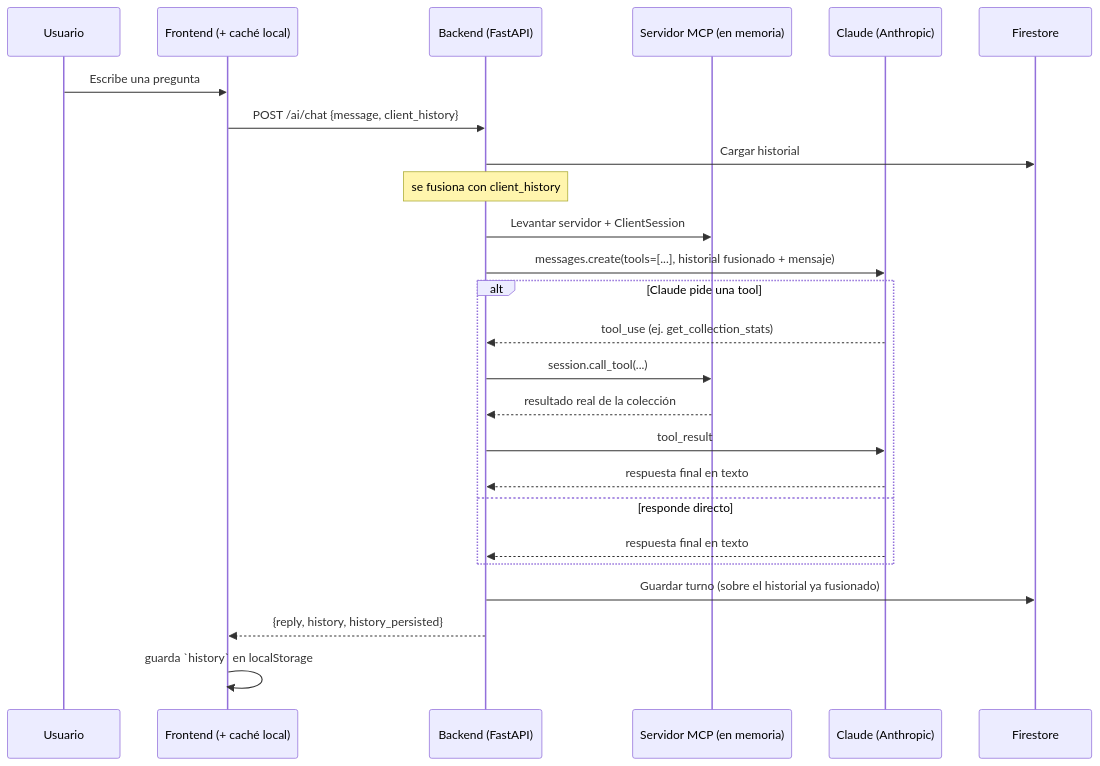
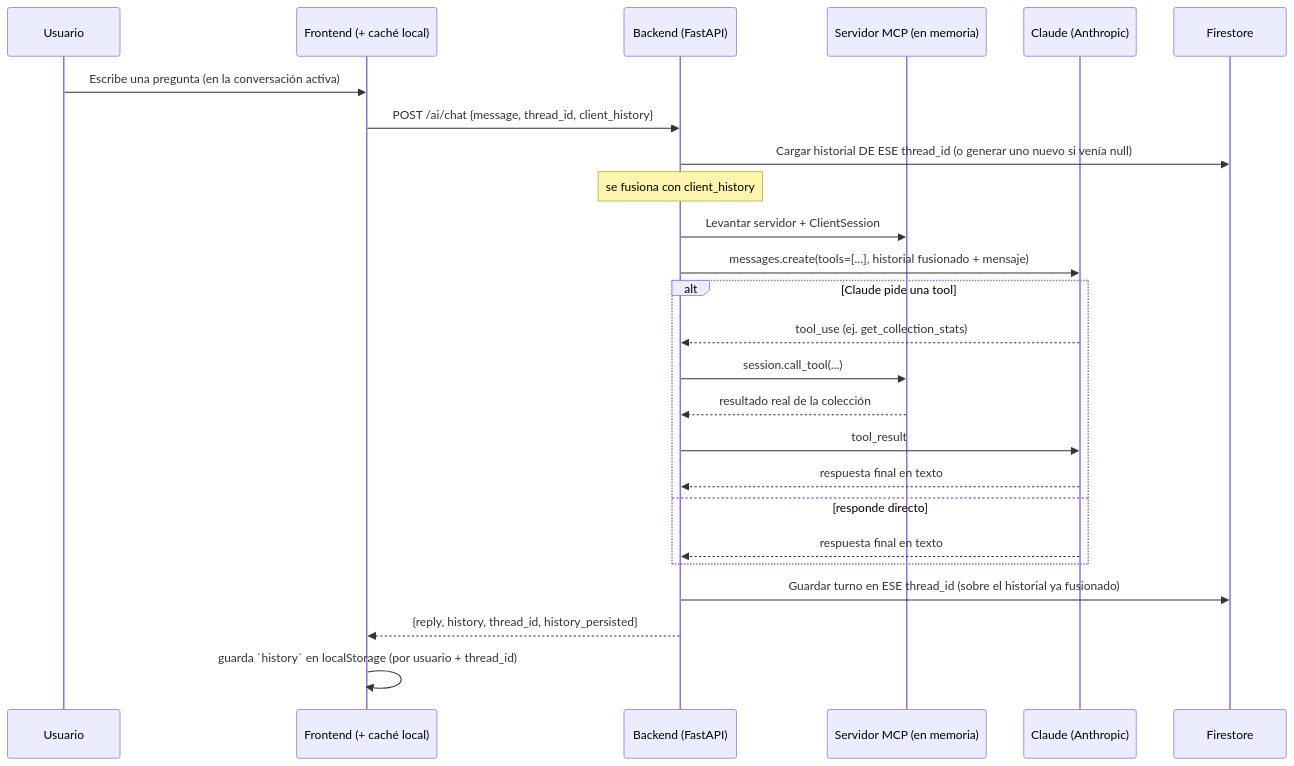
Before and after one commit to Adr1an-Garc1a/pokedex-manager: the diagram in docs/BONUS_FEATURES.md, drawn with Mermaid. The commit also changed other lines of this file and 15 other files, not shown here.

````diff
--- a/docs/BONUS_FEATURES.md
+++ b/docs/BONUS_FEATURES.md
@@ -137,28 +210,28 @@
 ```mermaid
 sequenceDiagram
     participant U as Usuario
     participant FE as Frontend (+ caché local)
     participant BE as Backend (FastAPI)
     participant MCP as Servidor MCP (en memoria)
     participant C as Claude (Anthropic)
     participant FS as Firestore
 
-    U->>FE: Escribe una pregunta
-    FE->>BE: POST /ai/chat {message, client_history}
-    BE->>FS: Cargar historial
+    U->>FE: Escribe una pregunta (en la conversación activa)
+    FE->>BE: POST /ai/chat {message, thread_id, client_history}
+    BE->>FS: Cargar historial DE ESE thread_id (o generar uno nuevo si venía null)
     Note over BE: se fusiona con client_history
     BE->>MCP: Levantar servidor + ClientSession
     BE->>C: messages.create(tools=[...], historial fusionado + mensaje)
     alt Claude pide una tool
         C-->>BE: tool_use (ej. get_collection_stats)
         BE->>MCP: session.call_tool(...)
         MCP-->>BE: resultado real de la colección
         BE->>C: tool_result
         C-->>BE: respuesta final en texto
     else responde directo
         C-->>BE: respuesta final en texto
     end
-    BE->>FS: Guardar turno (sobre el historial ya fusionado)
-    BE-->>FE: {reply, history, history_persisted}
-    FE->>FE: guarda `history` en localStorage
+    BE->>FS: Guardar turno en ESE thread_id (sobre el historial ya fusionado)
+    BE-->>FE: {reply, history, thread_id, history_persisted}
+    FE->>FE: guarda `history` en localStorage (por usuario + thread_id)
 ```
````
